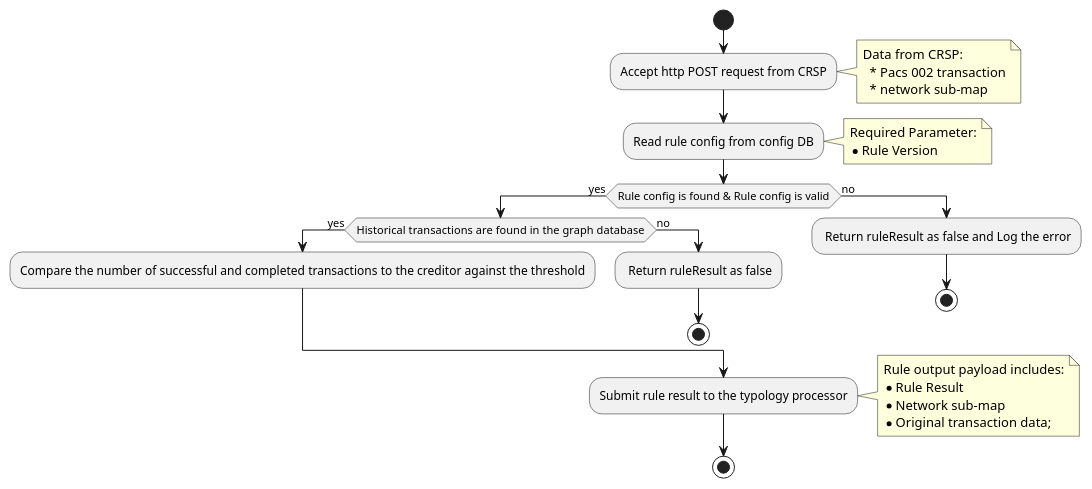
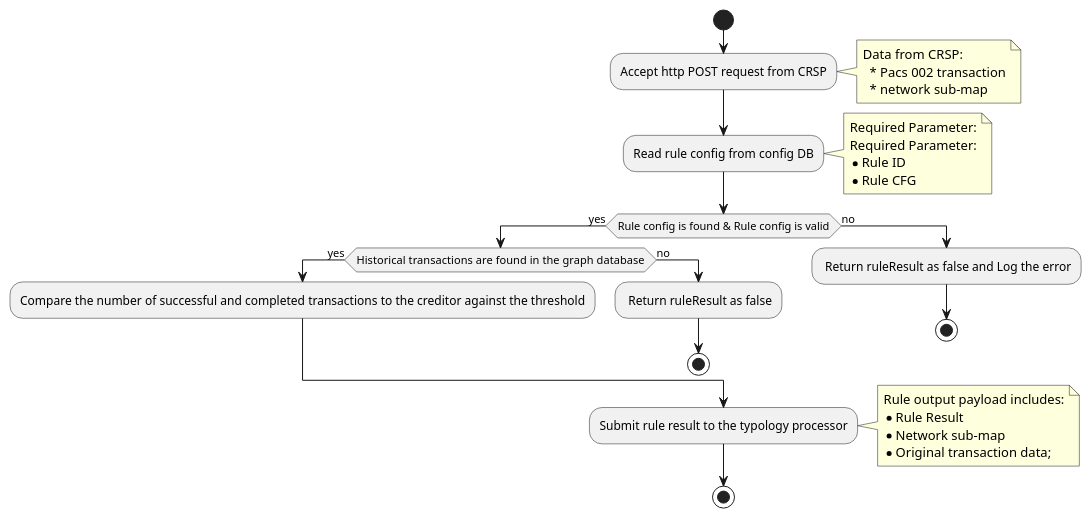
One commit to frmscoe/uml-diagrams changed the diagram in services/Rule-030.plantuml. Above: the diagram before and after it, drawn with PlantUML.

Commit message:
add rule-030 plantuml

```diff
--- a/services/Rule-030.plantuml
+++ b/services/Rule-030.plantuml
@@ -1,33 +1,35 @@
 @startuml
 start
 :Accept http POST request from CRSP;
  note right
           Data from CRSP:
             * Pacs 002 transaction
             * network sub-map
         end note
 :Read rule config from config DB;
  note right
             Required Parameter:
-            * Rule Version
+            Required Parameter:
+            * Rule ID
+            * Rule CFG
         end note
 if (Rule config is found & Rule config is valid) then (yes)
   if (Historical transactions are found  in the graph database) then (yes)
    :Compare the number of successful and completed transactions to the creditor against the threshold;
   else (no)
    : Return ruleResult as false;
    stop
   endif
 else (no)
   : Return ruleResult as false and Log the error;
   stop
 endif
 :Submit rule result to the typology processor;
 note right
     Rule output payload includes:
     * Rule Result
     * Network sub-map
     * Original transaction data;
 end note
 stop
 @enduml
```
